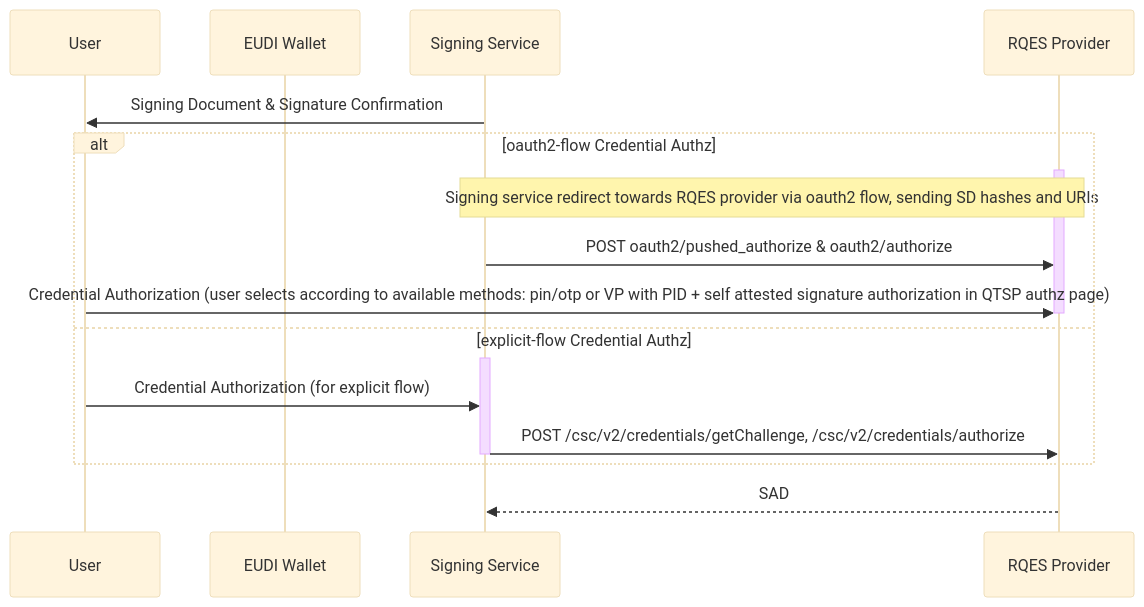
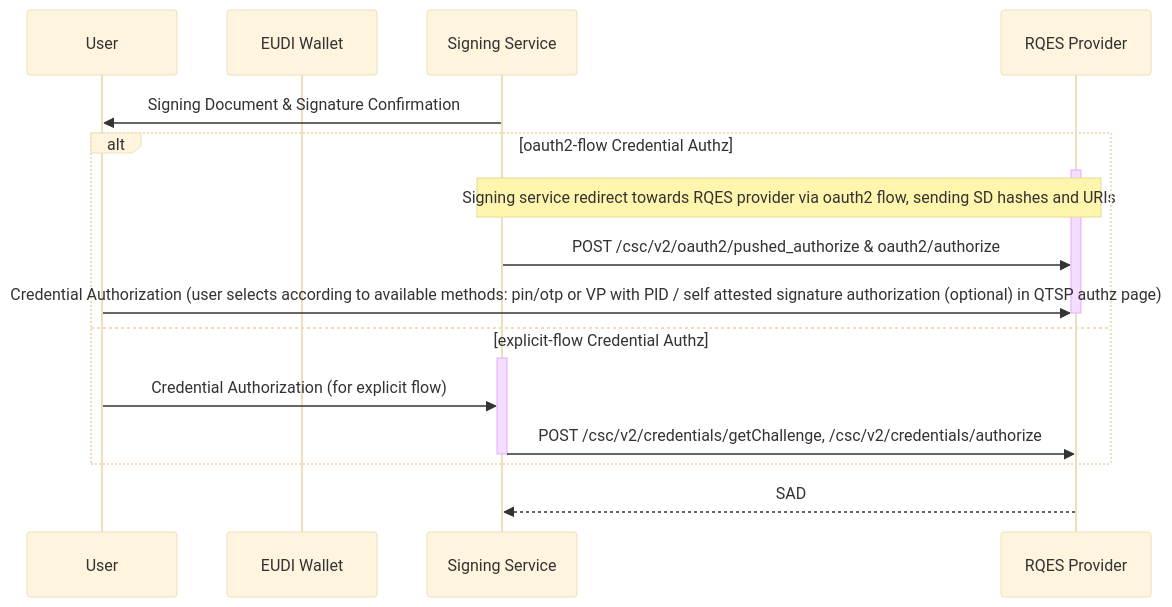
One commit to EWC-consortium/eudi-wallet-rfcs changed the fifth of 7 diagrams in ewc-rfc010-long-term-certifice-qes-creation.md. Above: the diagram before and after it, drawn with Mermaid (base theme). The commit also changed other lines of this file, not shown here.

````diff
--- a/ewc-rfc010-long-term-certifice-qes-creation.md
+++ b/ewc-rfc010-long-term-certifice-qes-creation.md
@@ -404,21 +438,22 @@
 ```mermaid
    sequenceDiagram
   participant User
   participant EUDI Wallet
   participant Signing Service
 
-    Signing Service->>User: Signing Document & Signature Confirmation
+  Signing Service->>User: Signing Document & Signature Confirmation
     alt oauth2-flow Credential Authz
       activate RQES Provider
       Note over Signing Service,RQES Provider: Signing service redirect towards RQES provider via oauth2 flow, sending SD hashes and URIs
-      Signing Service->>RQES Provider: POST oauth2/pushed_authorize & oauth2/authorize
-      User->>RQES Provider: Credential Authorization (user selects according to available methods: pin/otp or VP with PID + self attested signature authorization in QTSP authz page)
+      Signing Service->>RQES Provider: POST /csc/v2/oauth2/pushed_authorize & oauth2/authorize
+      User->>RQES Provider: Credential Authorization (user selects according to available methods: pin/otp or VP with PID / self attested signature authorization (optional) in QTSP authz page)
       deactivate RQES Provider
     else explicit-flow Credential Authz
       activate Signing Service
       User->>Signing Service: Credential Authorization (for explicit flow)
       Signing Service->>RQES Provider: POST /csc/v2/credentials/getChallenge, /csc/v2/credentials/authorize
       deactivate Signing Service
     end
     RQES Provider-->>Signing Service: SAD
+
 ```
````
